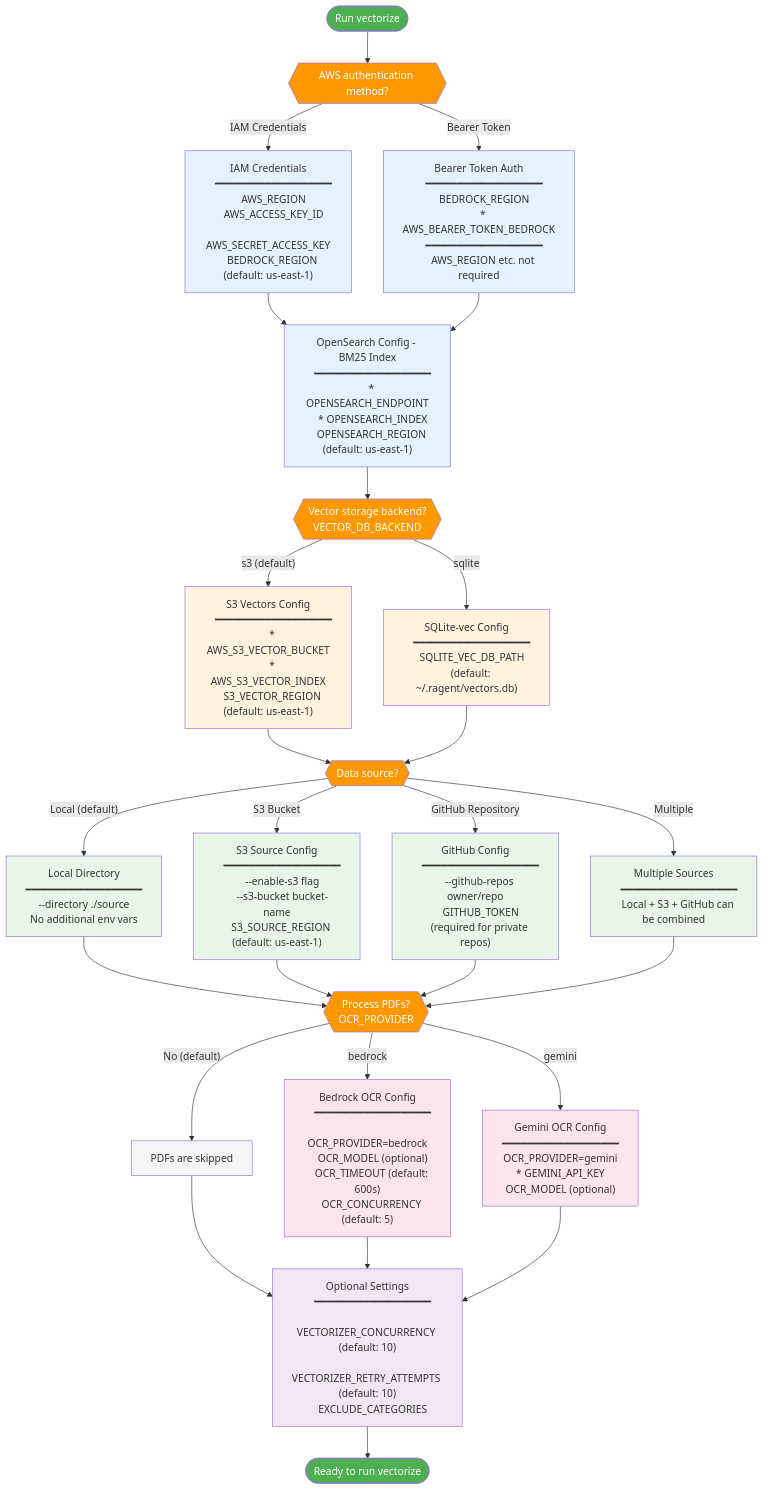
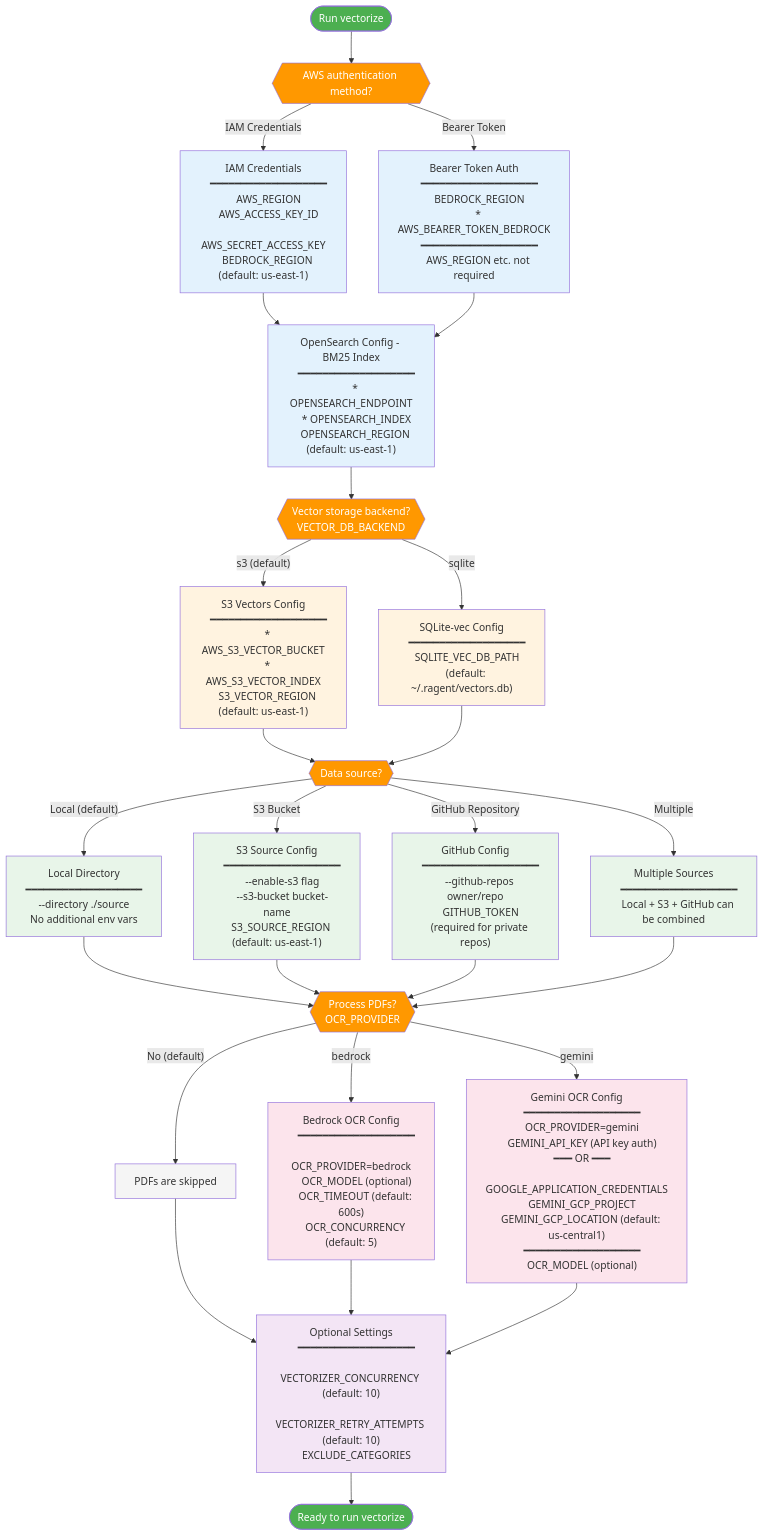
The first of 8 diagrams in README.md (ca-srg/ragent), drawn with Mermaid before and after one commit. The commit also changed other lines of this file and 22 other files, not shown here.

```diff
--- a/README.md
+++ b/README.md
@@ -195,7 +195,12 @@
     OCR -->|gemini| OCRGemini["Gemini OCR Config
     ━━━━━━━━━━━━━━━━━━━
     OCR_PROVIDER=gemini
-    * GEMINI_API_KEY
+    GEMINI_API_KEY (API key auth)
+    ━━━ OR ━━━
+    GOOGLE_APPLICATION_CREDENTIALS
+    GEMINI_GCP_PROJECT
+    GEMINI_GCP_LOCATION (default: us-central1)
+    ━━━━━━━━━━━━━━━━━━━
     OCR_MODEL (optional)"]
 
     NoOCR --> Optional
```
